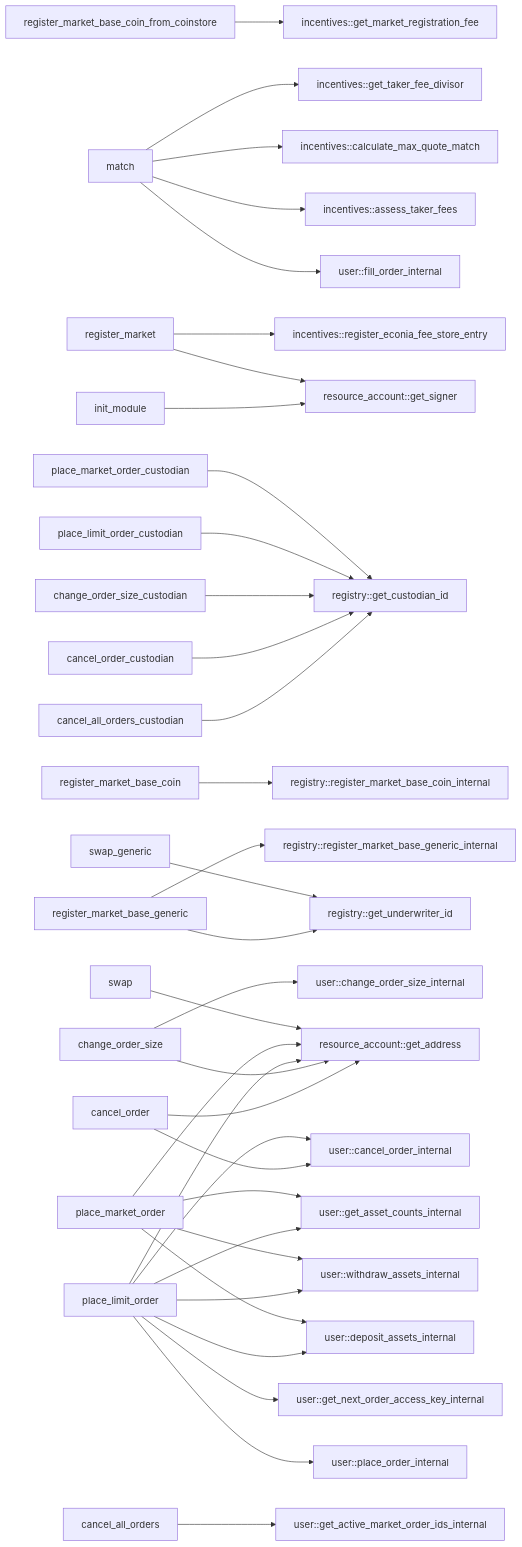
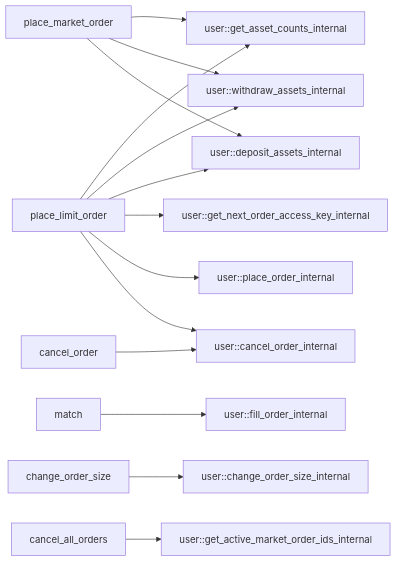
One commit to econia-labs/econia changed the eighth of 8 diagrams in src/move/econia/build/Econia/docs/market.md. Above: the diagram before and after it, drawn with Mermaid. The commit also changed other lines of this file and 1 other file, not shown here.

Commit message:
Tidy up internal/external dependency charts

````diff
--- a/src/move/econia/build/Econia/docs/market.md
+++ b/src/move/econia/build/Econia/docs/market.md
@@ -140,67 +205,24 @@
 ``` mermaid
 
 flowchart LR
-
-register_market_base_coin_from_coinstore -->
-incentives::get_market_registration_fee
-
-match --> incentives::get_taker_fee_divisor
-match --> incentives::calculate_max_quote_match
-match --> incentives::assess_taker_fees
-
-register_market --> incentives::register_econia_fee_store_entry
-
-cancel_all_orders_custodian --> registry::get_custodian_id
-
-cancel_order_custodian --> registry::get_custodian_id
-
-change_order_size_custodian --> registry::get_custodian_id
-
-place_limit_order_custodian --> registry::get_custodian_id
-
-place_market_order_custodian --> registry::get_custodian_id
-
-register_market_base_coin -->
-registry::register_market_base_coin_internal
-
-register_market_base_generic -->
-registry::register_market_base_generic_internal
-register_market_base_generic -->
-registry::get_underwriter_id
-
-swap_generic --> registry::get_underwriter_id
-
-cancel_order --> resource_account::get_address
-
-change_order_size --> resource_account::get_address
-
-init_module --> resource_account::get_signer
-
-place_limit_order --> resource_account::get_address
-
-place_market_order --> resource_account::get_address
-
-register_market --> resource_account::get_signer
-
-swap --> resource_account::get_address
-
-cancel_all_orders --> user::get_active_market_order_ids_internal
-
-cancel_order --> user::cancel_order_internal
-
-change_order_size --> user::change_order_size_internal
-
-match --> user::fill_order_internal
 
 place_limit_order --> user::get_asset_counts_internal
 place_limit_order --> user::withdraw_assets_internal
 place_limit_order --> user::deposit_assets_internal
 place_limit_order --> user::get_next_order_access_key_internal
 place_limit_order --> user::place_order_internal
 place_limit_order --> user::cancel_order_internal
 
 place_market_order --> user::get_asset_counts_internal
 place_market_order --> user::withdraw_assets_internal
 place_market_order --> user::deposit_assets_internal
 
+match --> user::fill_order_internal
+
+change_order_size --> user::change_order_size_internal
+
+cancel_order --> user::cancel_order_internal
+
+cancel_all_orders --> user::get_active_market_order_ids_internal
+
 ```
````
